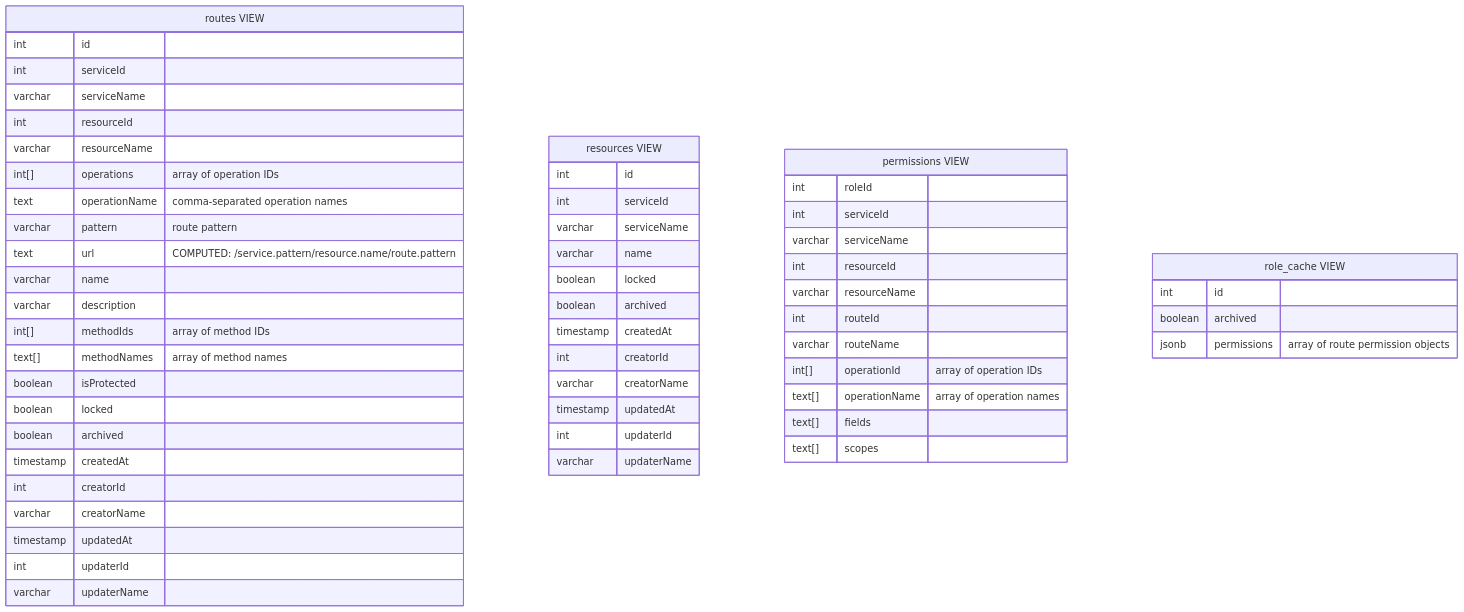
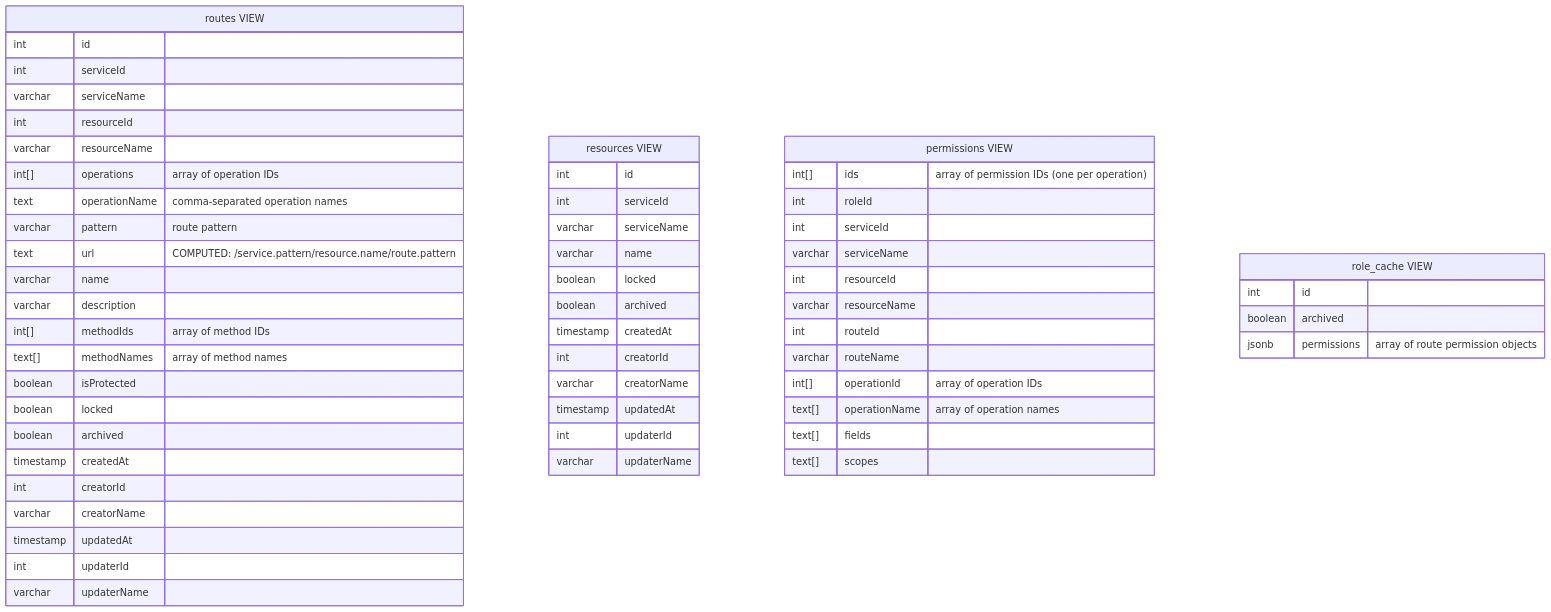
The diagram in doc/erd-views.md (ALTEN-group/Gatelin), drawn with Mermaid before and after one commit. The commit also changed 6 other files, not shown here.

````diff
--- a/doc/erd-views.md
+++ b/doc/erd-views.md
@@ -2,67 +2,68 @@
 ```mermaid
 ---
 caption: Views Entity Relationship Diagram 
 ---
 
 erDiagram
 
   routes["routes VIEW"] {
     int id
     int serviceId
     varchar serviceName
     int resourceId
     varchar resourceName
     int[] operations "array of operation IDs"
     text operationName "comma-separated operation names"
     varchar pattern "route pattern"
     text url "COMPUTED: /service.pattern/resource.name/route.pattern"
     varchar name
     varchar description
     int[] methodIds "array of method IDs"
     text[] methodNames "array of method names"
     boolean isProtected
     boolean locked
     boolean archived
     timestamp createdAt
     int creatorId
     varchar creatorName
     timestamp updatedAt
     int updaterId
     varchar updaterName
   }
 
   resources["resources VIEW"] {
     int id
     int serviceId
     varchar serviceName
     varchar name
     boolean locked
     boolean archived
     timestamp createdAt
     int creatorId
     varchar creatorName
     timestamp updatedAt
     int updaterId
     varchar updaterName
   }
 
   permissions["permissions VIEW"] {
+    int[] ids "array of permission IDs (one per operation)"
     int roleId
     int serviceId
     varchar serviceName
     int resourceId
     varchar resourceName
     int routeId
     varchar routeName
     int[] operationId "array of operation IDs"
     text[] operationName "array of operation names"
     text[] fields
     text[] scopes
   }
 
   role_cache["role_cache VIEW"] {
     int id
     boolean archived
     jsonb permissions "array of route permission objects"
   }
 ```
````
